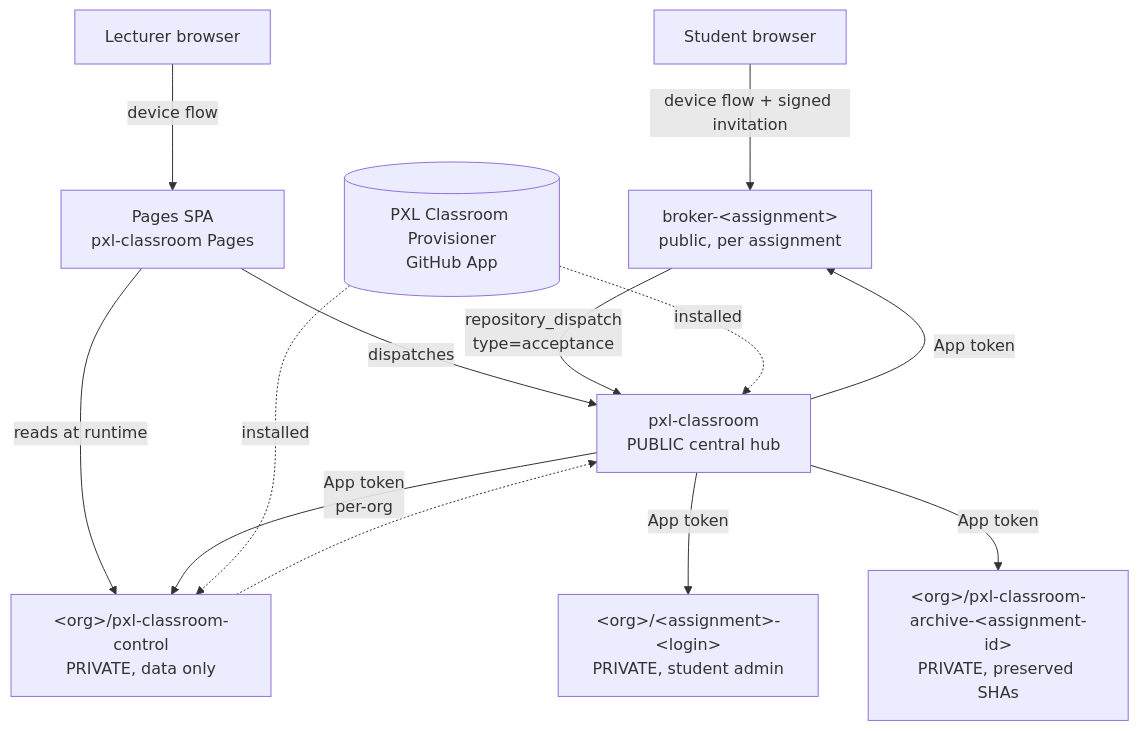
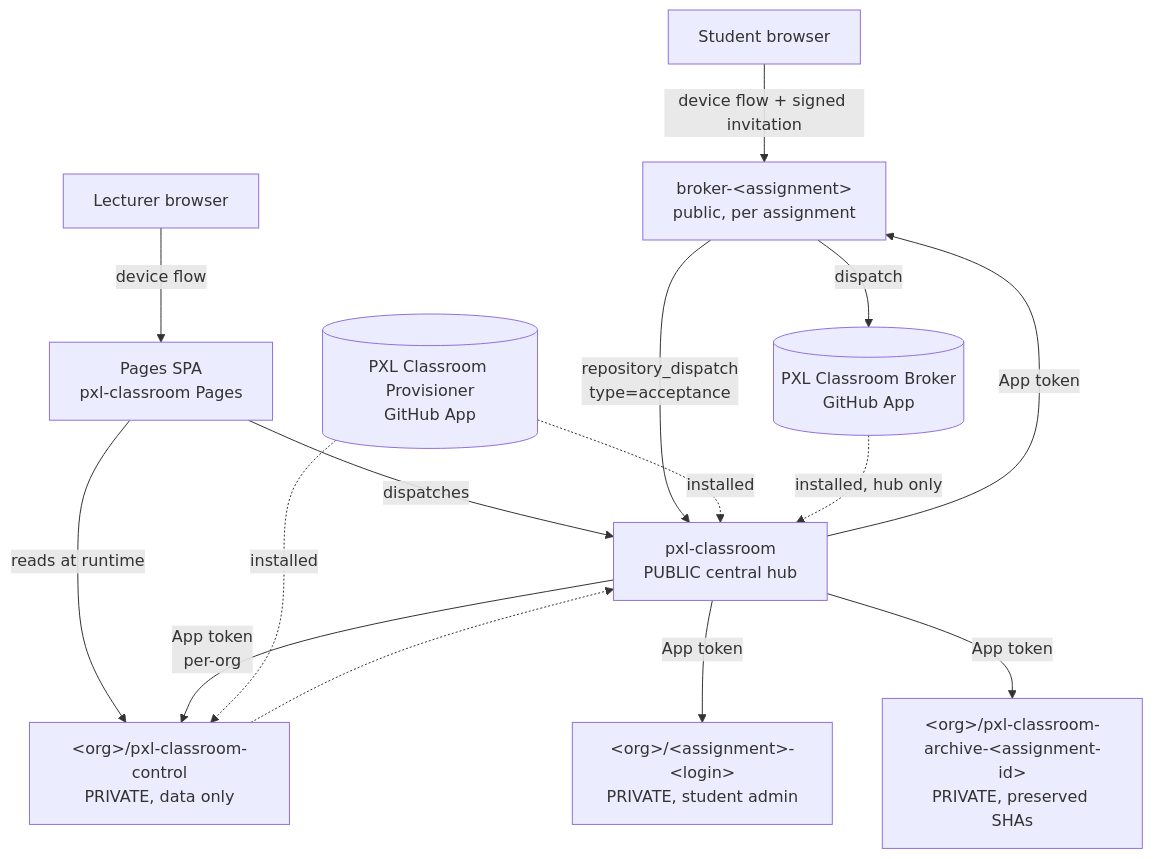
One commit to PXL-Digital-Application-Samples/pxl-classroom changed the diagram in ARCHITECTURE.md. Above: the diagram before and after it, drawn with Mermaid. The commit also changed other lines of this file, not shown here.

````diff
--- a/ARCHITECTURE.md
+++ b/ARCHITECTURE.md
@@ -75,21 +75,23 @@
 ```mermaid
 graph TD
     Student[Student browser] -->|device flow + signed invitation| Broker
     Lecturer[Lecturer browser] -->|device flow| Pages
     Pages[Pages SPA<br/>pxl-classroom Pages] -->|reads at runtime| ControlRepo
     Pages -->|dispatches| Hub
 
     Broker[broker-&lt;assignment&gt;<br/>public, per assignment] -->|repository_dispatch<br/>type=acceptance| Hub
 
     Hub[pxl-classroom<br/>PUBLIC central hub] -->|App token<br/>per-org| ControlRepo
     Hub -->|App token| StudentRepo
     Hub -->|App token| Archive
     Hub -->|App token| Broker
 
     ControlRepo[&lt;org&gt;/pxl-classroom-control<br/>PRIVATE, data only] -.-> Hub
     StudentRepo[&lt;org&gt;/&lt;assignment&gt;-&lt;login&gt;<br/>PRIVATE, student admin]
     Archive[&lt;org&gt;/pxl-classroom-archive-&lt;assignment-id&gt;<br/>PRIVATE, preserved SHAs]
 
     App[(PXL Classroom Provisioner<br/>GitHub App)] -.installed.-> ControlRepo
     App -.installed.-> Hub
+    BrokerApp[(PXL Classroom Broker<br/>GitHub App)] -.installed, hub only.-> Hub
+    Broker -->|dispatch| BrokerApp
 ```
````
